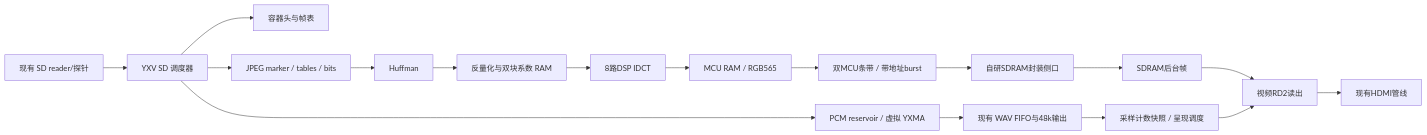
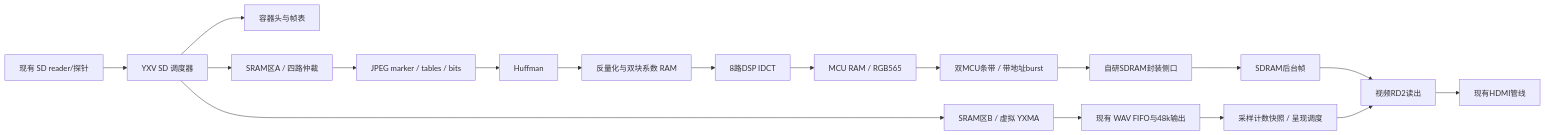
One commit to HXFhappiness/yingxu changed the diagram in docs/DESIGN_MJPG.md. Above: the diagram before and after it, drawn with Mermaid. The commit also changed other lines of this file and 1 other file, not shown here.

````diff
--- a/docs/DESIGN_MJPG.md
+++ b/docs/DESIGN_MJPG.md
@@ -97,19 +98,20 @@
 ```mermaid
 flowchart LR
   SD[现有 SD reader/探针] --> S[YXV SD 调度器]
   S --> H[容器头与帧表]
-  S --> A[PCM reservoir / 虚拟 YXMA]
+  S --> A[SRAM区B / 虚拟 YXMA]
   A --> W[现有 WAV FIFO与48k输出]
-  S --> M[JPEG marker / tables / bits]
+  S --> QSR[SRAM区A / 四路仲裁]
+  QSR --> M[JPEG marker / tables / bits]
   M --> E[Huffman]
   E --> Q[反量化与双块系数 RAM]
   Q --> I[8路DSP IDCT]
   I --> C[MCU RAM / RGB565]
   C --> P[双MCU条带 / 带地址burst]
   P --> D[自研SDRAM封装侧口]
   D --> F[SDRAM后台帧]
   F --> R[视频RD2读出]
   R --> HDMI[现有HDMI管线]
   W --> T[采样计数快照 / 呈现调度]
   T --> R
 ```
````
